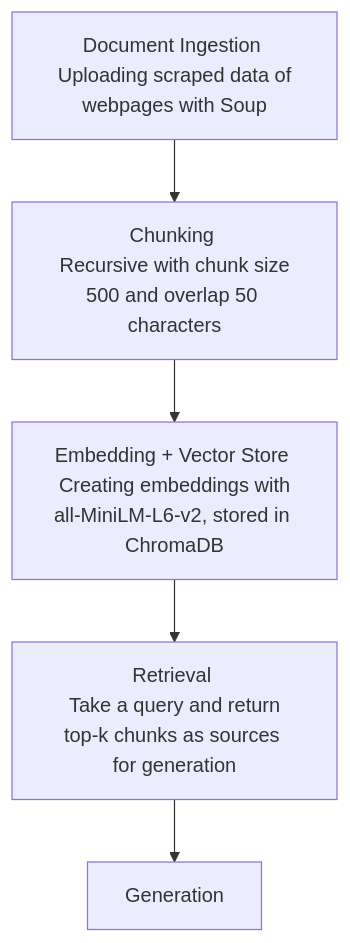
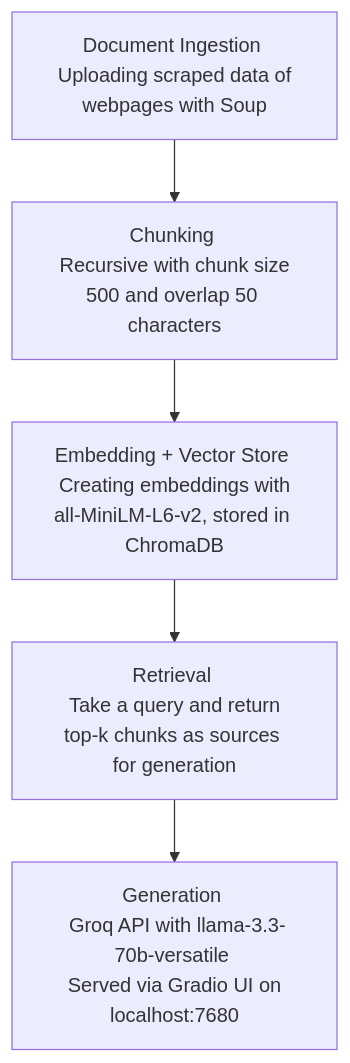
The diagram in planning.md (Harsh-D20/ai201-project1-unofficial-guide-starter), drawn with Mermaid before and after one commit. The commit also changed other lines of this file and 1 other file, not shown here.

Commit message:
chore: update README and planning

````diff
--- a/planning.md
+++ b/planning.md
@@ -87,13 +87,13 @@
 ```mermaid
 flowchart TD
      DI[Document Ingestion \n Uploading scraped data of webpages with Soup]
      C[Chunking \n Recursive with chunk size 500 and overlap 50 characters]
      EVS[Embedding + Vector Store \n Creating embeddings with all-MiniLM-L6-v2, stored in ChromaDB]
      R[Retrieval \n Take a query and return top-k chunks as sources for generation]
-     G[Generation]
+     G[Generation \n Groq API with llama-3.3-70b-versatile \n Served via Gradio UI on localhost:7680]
 
      DI --> C
      C --> EVS
      EVS --> R
      R --> G
 ```
````
